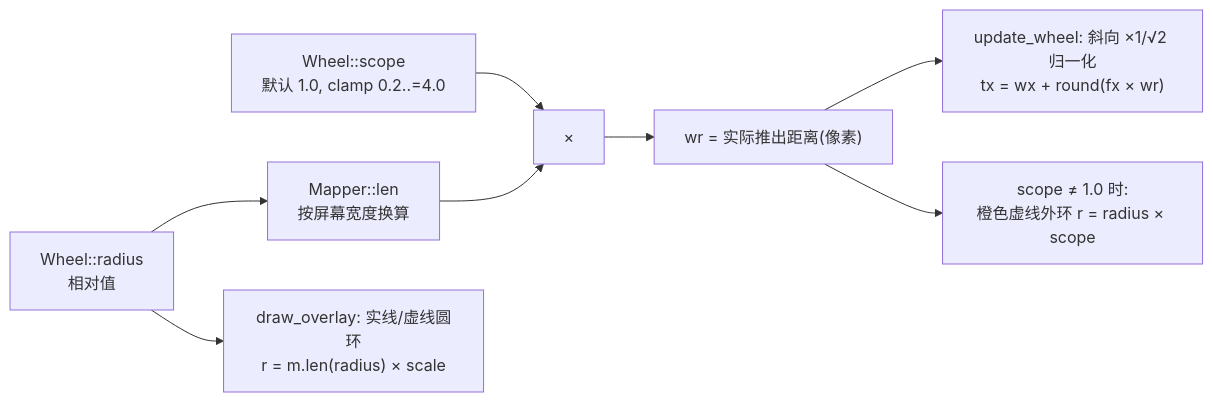
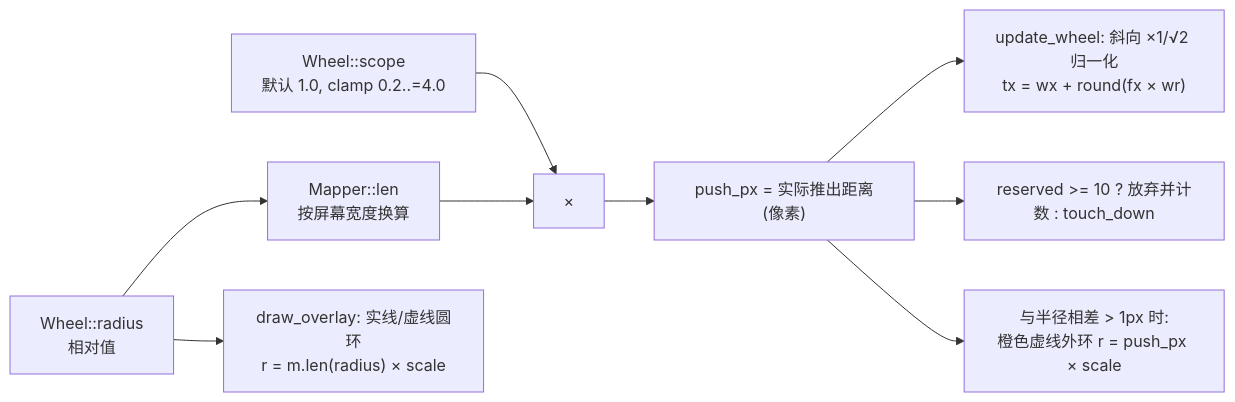
The fifth of 10 diagrams in 文档/功能组分说明.md (Azrl-lyh/scrcpy-pad), drawn with Mermaid before and after one commit. The commit also changed other lines of this file and 15 other files, not shown here.

````diff
--- a/文档/功能组分说明.md
+++ b/文档/功能组分说明.md
@@ -462,10 +554,11 @@
 ```mermaid
 flowchart LR
     R["Wheel::radius<br/>相对值"] --> ML["Mapper::len<br/>按屏幕宽度换算"]
     S["Wheel::scope<br/>默认 1.0, clamp 0.2..=4.0"] --> MUL["×"]
     ML --> MUL
-    MUL --> WR["wr = 实际推出距离(像素)"]
+    MUL --> WR["push_px = 实际推出距离(像素)"]
     WR --> U1["update_wheel: 斜向 ×1/√2 归一化<br/>tx = wx + round(fx × wr)"]
+    WR --> U2["reserved >= 10 ? 放弃并计数 : touch_down"]
     R --> OV1["draw_overlay: 实线/虚线圆环<br/>r = m.len(radius) × scale"]
-    WR --> OV2["scope ≠ 1.0 时:<br/>橙色虚线外环 r = radius × scope"]
+    WR --> OV2["与半径相差 > 1px 时:<br/>橙色虚线外环 r = push_px × scale"]
 ```
````
